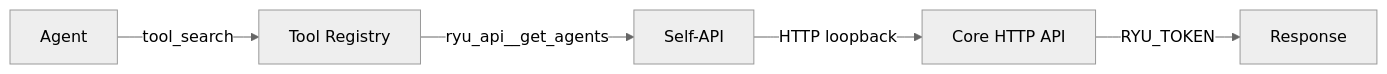
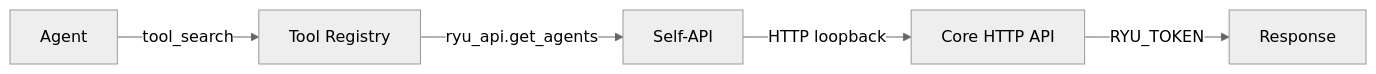
One commit to amajorai/ryu-docs changed the diagram in content/docs/extend/develop/extensions/self-api.mdx. Above: the diagram before and after it, drawn with Mermaid (neutral theme). The commit also changed other lines of this file and 317 other files, not shown here.

````diff
--- a/content/docs/extend/develop/extensions/self-api.mdx
+++ b/content/docs/extend/develop/extensions/self-api.mdx
@@ -12,7 +12,7 @@
 ```mermaid
 flowchart LR
   A[Agent] -->|"tool_search"| TR[Tool Registry]
-  TR -->|"ryu_api__get_agents"| S[Self-API]
+  TR -->|"ryu_api.get_agents"| S[Self-API]
   S -->|"HTTP loopback"| CORE[Core HTTP API]
   CORE -->|"RYU_TOKEN"| RESP[Response]
 ```
````
